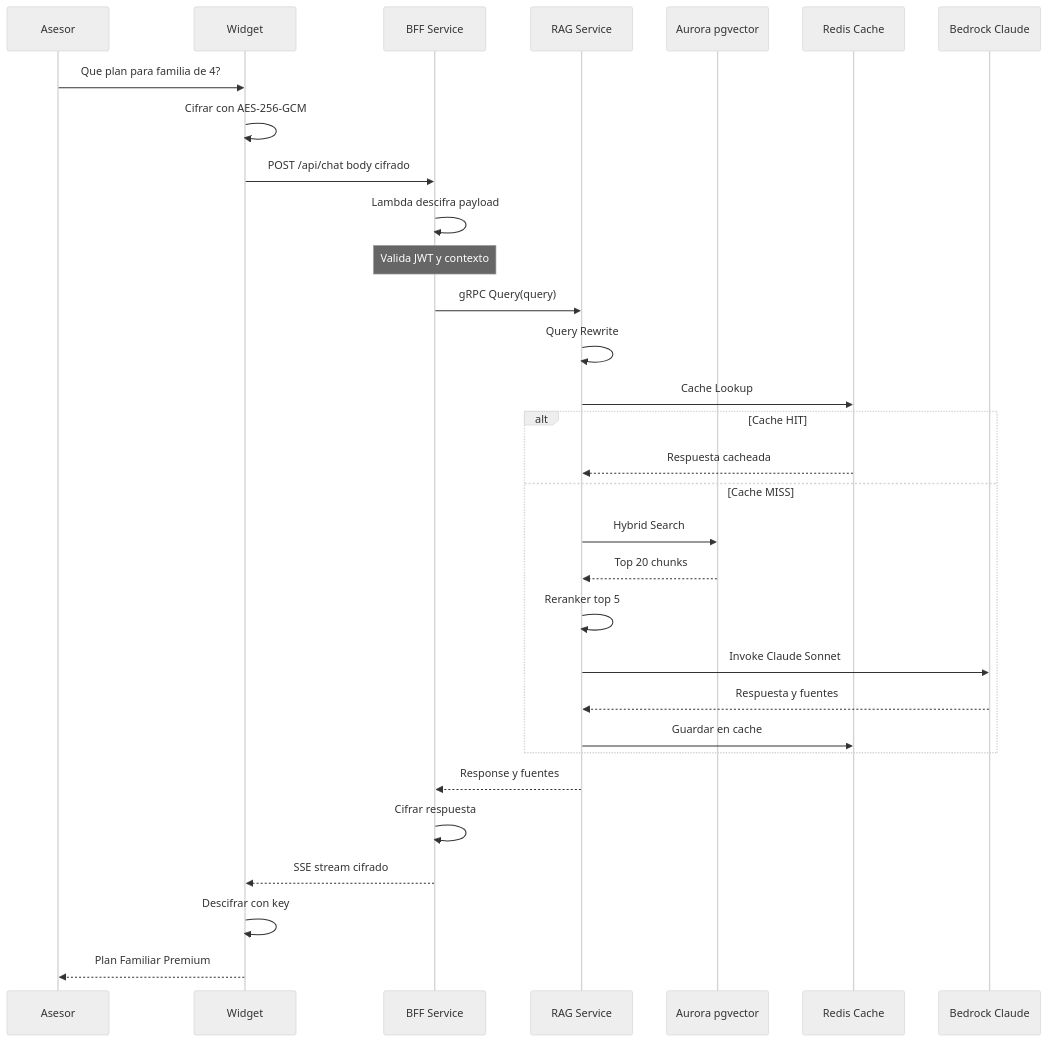
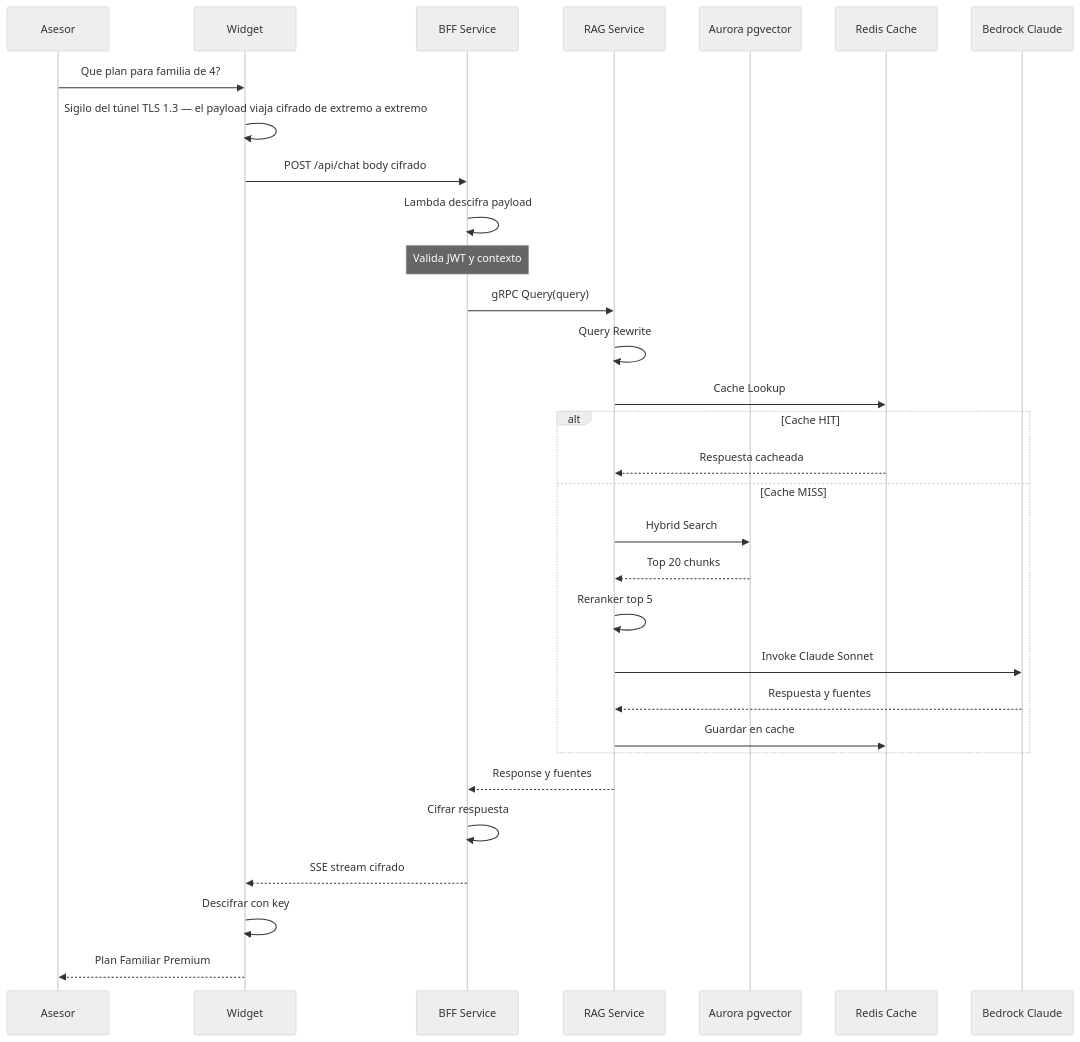
Before and after one commit to johnruedal96/capillas: the second of 9 diagrams in docs/propuesta_tecnologica.md, drawn with Mermaid (neutral theme). The commit also changed other lines of this file and 1 other file, not shown here.

````diff
--- a/docs/propuesta_tecnologica.md
+++ b/docs/propuesta_tecnologica.md
@@ -122,34 +122,34 @@
 ```mermaid
 sequenceDiagram
     participant A as Asesor
     participant W as Widget
     participant B as BFF Service
     participant R as RAG Service
     participant V as Aurora pgvector
     participant C as Redis Cache
     participant L as Bedrock Claude
 
     A->>W: Que plan para familia de 4?
-    W->>W: Cifrar con AES-256-GCM
+    W->>W: Sigilo del túnel TLS 1.3 — el payload viaja cifrado de extremo a extremo
     W->>B: POST /api/chat body cifrado
     B->>B: Lambda descifra payload
     Note over B: Valida JWT y contexto
     B->>R: gRPC Query(query)
     R->>R: Query Rewrite
     R->>C: Cache Lookup
     alt Cache HIT
         C-->>R: Respuesta cacheada
     else Cache MISS
         R->>V: Hybrid Search
         V-->>R: Top 20 chunks
         R->>R: Reranker top 5
         R->>L: Invoke Claude Sonnet
         L-->>R: Respuesta y fuentes
         R->>C: Guardar en cache
     end
     R-->>B: Response y fuentes
     B->>B: Cifrar respuesta
     B-->>W: SSE stream cifrado
     W->>W: Descifrar con key
     W-->>A: Plan Familiar Premium
 ```
````
